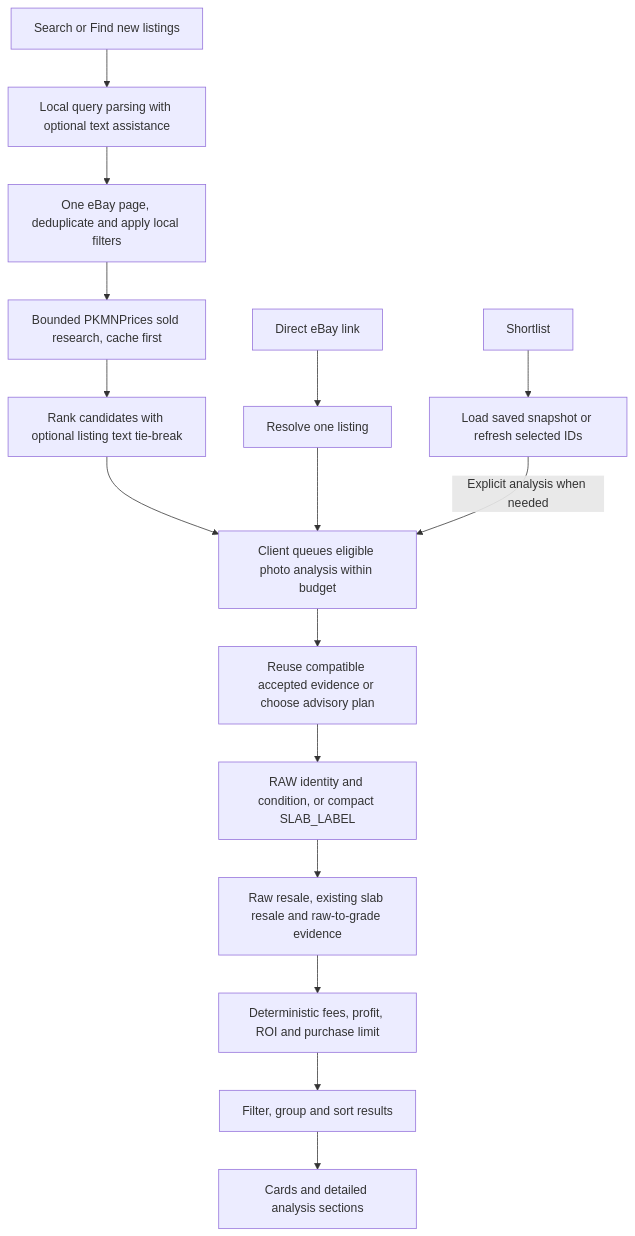
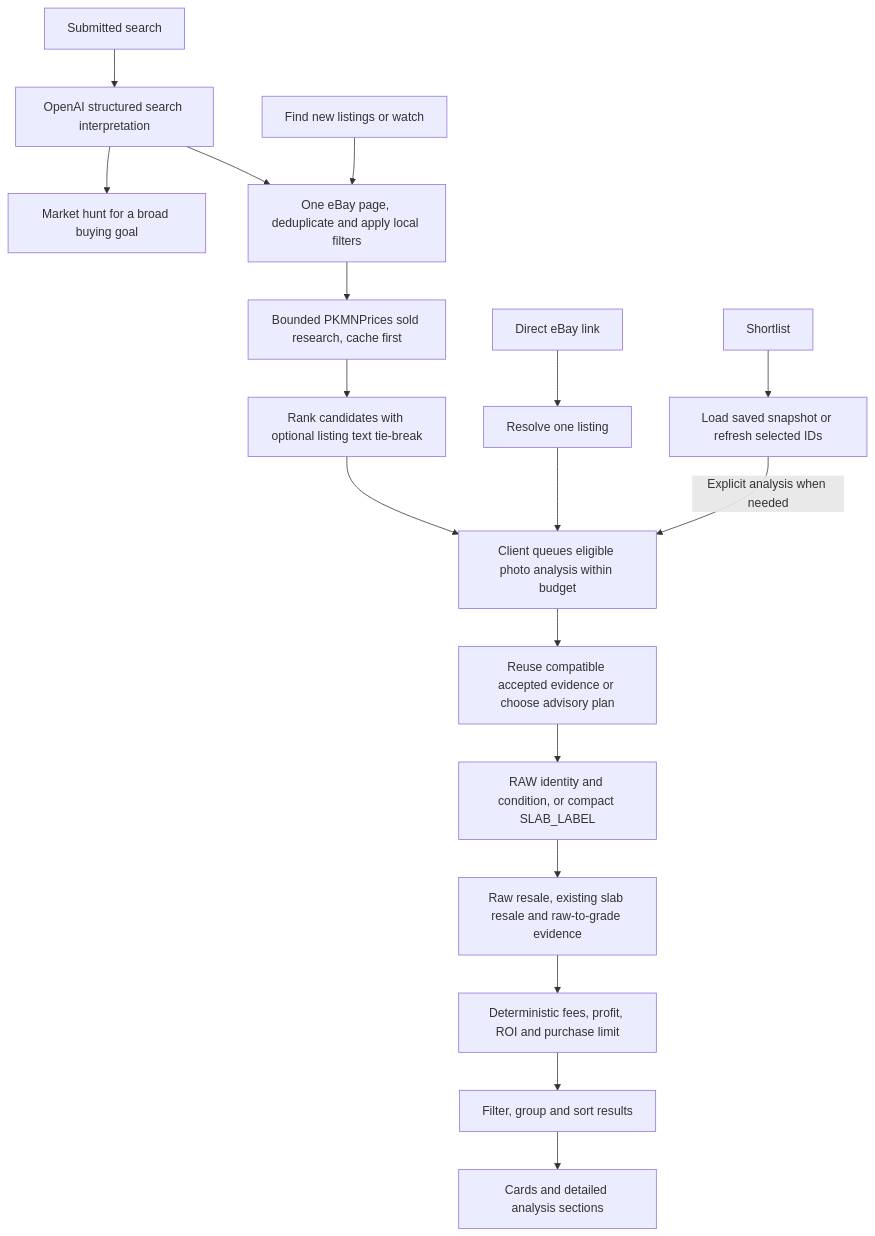
One commit to life423/pokemon-flipper changed the diagram in docs/architecture.md. Above: the diagram before and after it, drawn with Mermaid. The commit also changed other lines of this file and 87 other files, not shown here.

````diff
--- a/docs/architecture.md
+++ b/docs/architecture.md
@@ -11,18 +20,20 @@
 ```mermaid
 flowchart TD
-    S[Search or Find new listings] --> Q0[Local query parsing with optional text assistance]
+    S[Submitted search] --> Q0[OpenAI structured search interpretation]
+    Q0 --> H[Market hunt for a broad buying goal]
+    N[Find new listings or watch] --> F
     Q0 --> F[One eBay page, deduplicate and apply local filters]
     F --> P0[Bounded PKMNPrices sold research, cache first]
     P0 --> G[Rank candidates with optional listing text tie-break]
     L[Direct eBay link] --> R[Resolve one listing]
     Q[Shortlist] --> K[Load saved snapshot or refresh selected IDs]
     G --> A[Client queues eligible photo analysis within budget]
     R --> A
     K -->|Explicit analysis when needed| A
     A --> B[Reuse compatible accepted evidence or choose advisory plan]
     B --> I[RAW identity and condition, or compact SLAB_LABEL]
     I --> P[Raw resale, existing slab resale and raw-to-grade evidence]
     P --> M[Deterministic fees, profit, ROI and purchase limit]
     M --> V[Filter, group and sort results]
     V --> U[Cards and detailed analysis sections]
 ```
````
